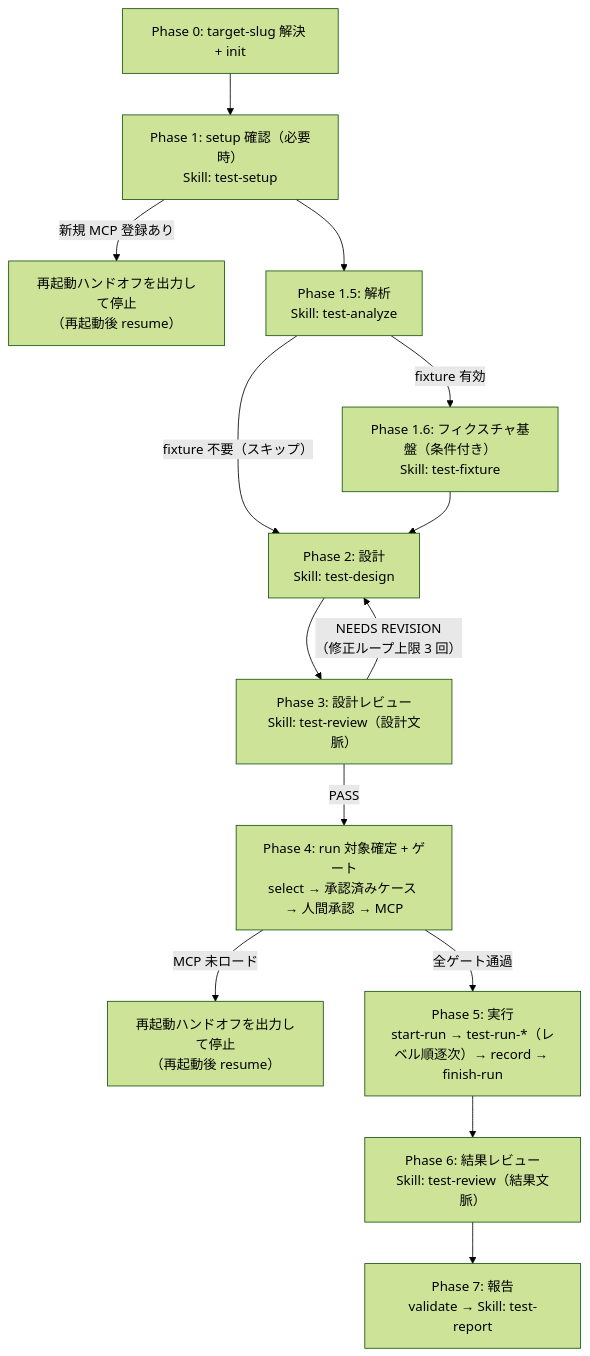
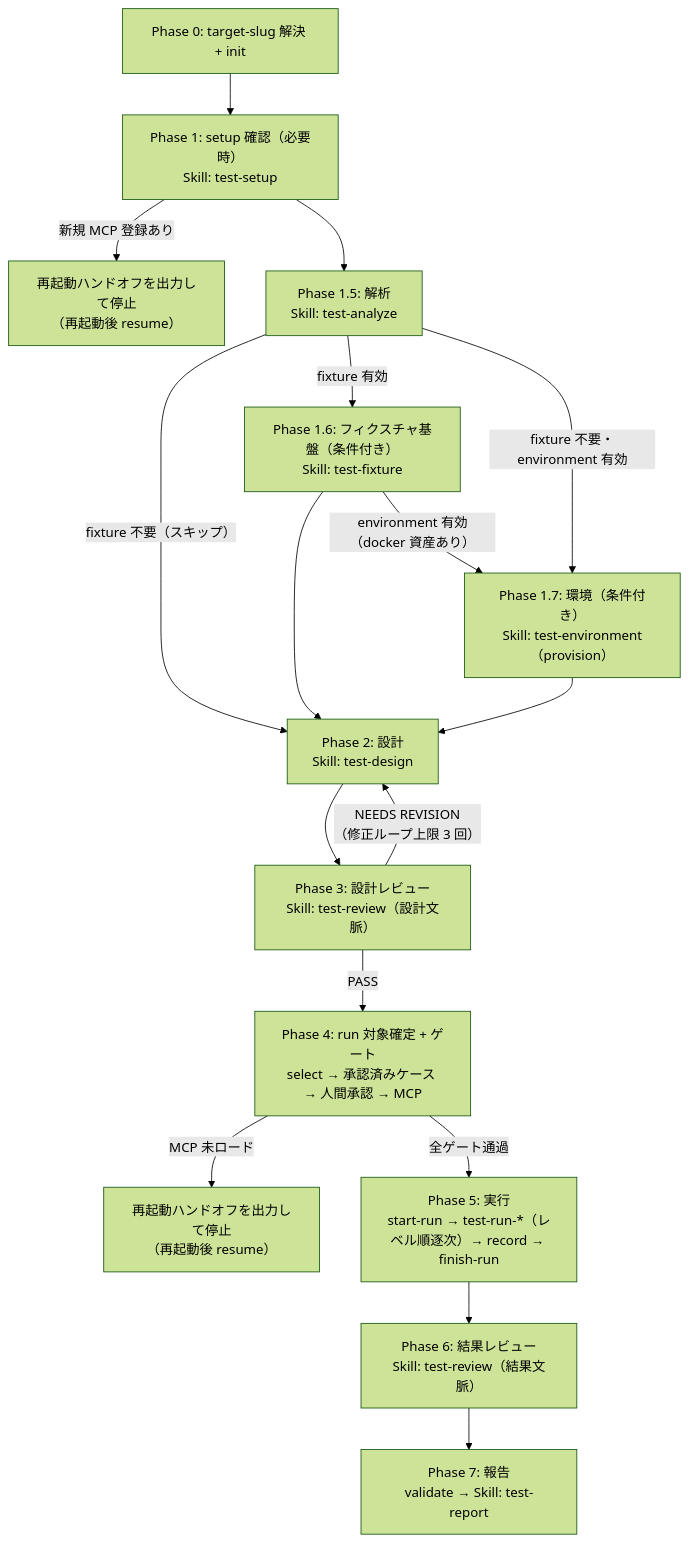
One commit to dmajima/claude-plugins changed the diagram in plugins/deep-test/skills/test/SKILL.md. Above: the diagram before and after it, drawn with Mermaid (forest theme). The commit also changed other lines of this file and 71 other files, not shown here.

First line of the commit message:
feat(deep-test): Docker テスト実行環境スキル test-environment を追加（v1.2.0）

````diff
--- a/plugins/deep-test/skills/test/SKILL.md
+++ b/plugins/deep-test/skills/test/SKILL.md
@@ -102,16 +102,19 @@
 ```mermaid
 flowchart TD
     P0["Phase 0: target-slug 解決 + init"] --> P1["Phase 1: setup 確認（必要時）\nSkill: test-setup"]
     P1 -->|"新規 MCP 登録あり"| HANDOFF1["再起動ハンドオフを出力して停止\n（再起動後 resume）"]
     P1 --> P15["Phase 1.5: 解析\nSkill: test-analyze"]
     P15 -->|"fixture 有効"| P16["Phase 1.6: フィクスチャ基盤（条件付き）\nSkill: test-fixture"]
     P15 -->|"fixture 不要（スキップ）"| P2["Phase 2: 設計\nSkill: test-design"]
     P16 --> P2
+    P16 -->|"environment 有効（docker 資産あり）"| P17["Phase 1.7: 環境（条件付き）\nSkill: test-environment（provision）"]
+    P15 -->|"fixture 不要・environment 有効"| P17
+    P17 --> P2
     P2 --> P3["Phase 3: 設計レビュー\nSkill: test-review（設計文脈）"]
     P3 -->|"NEEDS REVISION\n（修正ループ上限 3 回）"| P2
     P3 -->|PASS| P4["Phase 4: run 対象確定 + ゲート\nselect → 承認済みケース → 人間承認 → MCP"]
     P4 -->|"MCP 未ロード"| HANDOFF2["再起動ハンドオフを出力して停止\n（再起動後 resume）"]
     P4 -->|"全ゲート通過"| P5["Phase 5: 実行\nstart-run → test-run-*（レベル順逐次）→ record → finish-run"]
     P5 --> P6["Phase 6: 結果レビュー\nSkill: test-review（結果文脈）"]
     P6 --> P7["Phase 7: 報告\nvalidate → Skill: test-report"]
 ```
````
